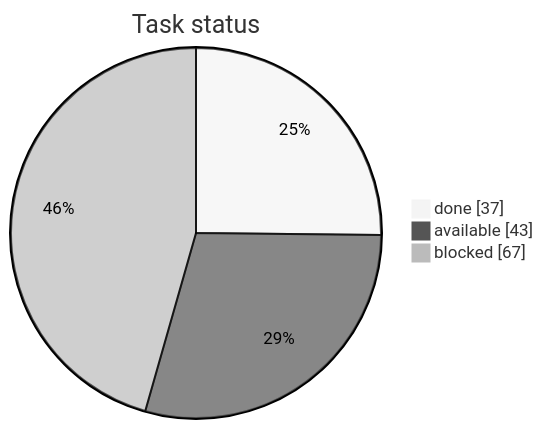
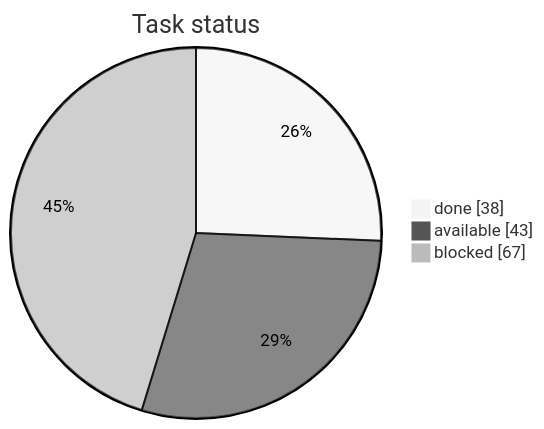
One commit to artemiiShabanov/RallyRivals changed the first of 3 diagrams in STATUS.md. Above: the diagram before and after it, drawn with Mermaid (neutral theme). The commit also changed other lines of this file and 11 other files, not shown here.

````diff
--- a/STATUS.md
+++ b/STATUS.md
@@ -7,7 +7,7 @@
 ```mermaid
 pie showData
     title Task status
-    "done" : 37
+    "done" : 38
     "available" : 43
     "blocked" : 67
 ```
````
